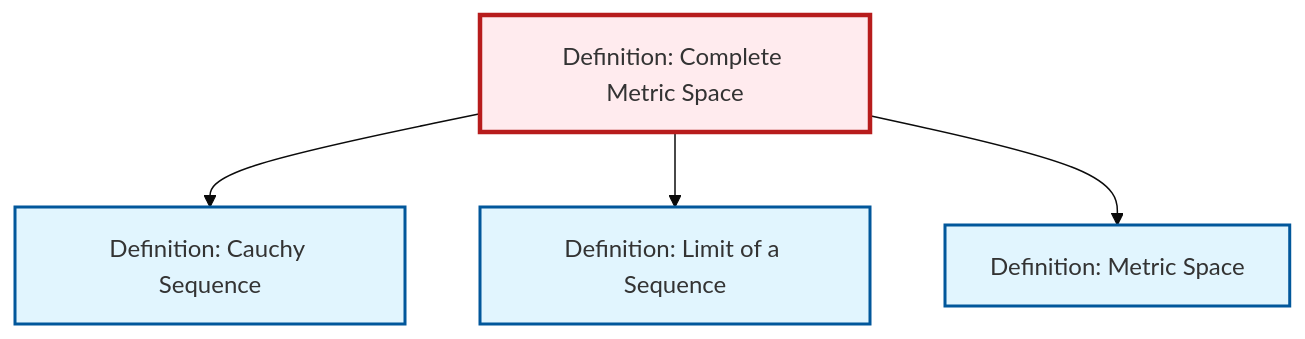
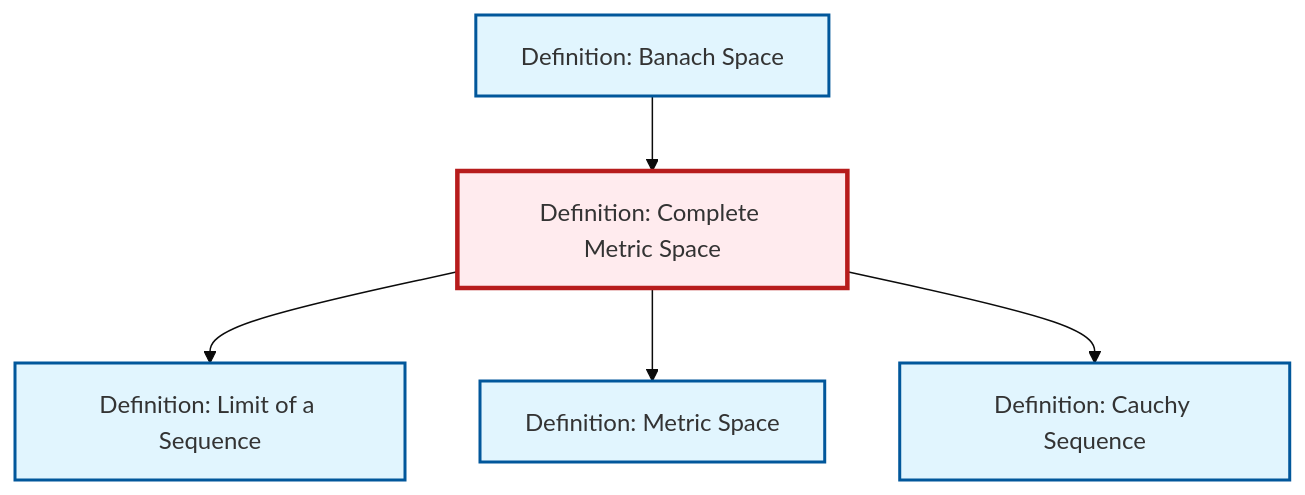
Before and after one commit to RK0429/ModernMath: the diagram in content/en/analysis/def-complete-metric-space.qmd, drawn with Mermaid (base theme). The commit also changed 581 other files, not shown here.

First line of the commit message:
feat: Add epimorphism definition and complete integral domain translations

````diff
--- a/content/en/analysis/def-complete-metric-space.qmd
+++ b/content/en/analysis/def-complete-metric-space.qmd
@@ -53,20 +53,23 @@
 ```{mermaid}
 %%| fig-cap: "Local dependency graph"
 graph TD
     classDef definition fill:#e1f5fe,stroke:#01579b,stroke-width:2px
     classDef theorem fill:#f3e5f5,stroke:#4a148c,stroke-width:2px
     classDef axiom fill:#fff3e0,stroke:#e65100,stroke-width:2px
     classDef example fill:#e8f5e9,stroke:#1b5e20,stroke-width:2px
     classDef current fill:#ffebee,stroke:#b71c1c,stroke-width:3px
+    def-banach-space["Definition: Banach Space"]:::definition
+    def-metric-space["Definition: Metric Space"]:::definition
     def-cauchy-sequence["Definition: Cauchy Sequence"]:::definition
+    def-limit["Definition: Limit of a Sequence"]:::definition
     def-complete-metric-space["Definition: Complete Metric Space"]:::definition
-    def-limit["Definition: Limit of a Sequence"]:::definition
-    def-metric-space["Definition: Metric Space"]:::definition
-    def-complete-metric-space --> def-cauchy-sequence
+    def-banach-space --> def-complete-metric-space
     def-complete-metric-space --> def-limit
     def-complete-metric-space --> def-metric-space
+    def-complete-metric-space --> def-cauchy-sequence
     class def-complete-metric-space current
+    click def-banach-space "def-banach-space.html" "Go to Banach Space definition"
+    click def-metric-space "def-metric-space.html" "Go to Metric Space definition"
     click def-cauchy-sequence "def-cauchy-sequence.html" "Go to Cauchy Sequence definition"
     click def-limit "def-limit.html" "Go to Limit of a Sequence definition"
-    click def-metric-space "def-metric-space.html" "Go to Metric Space definition"
 ```
````
